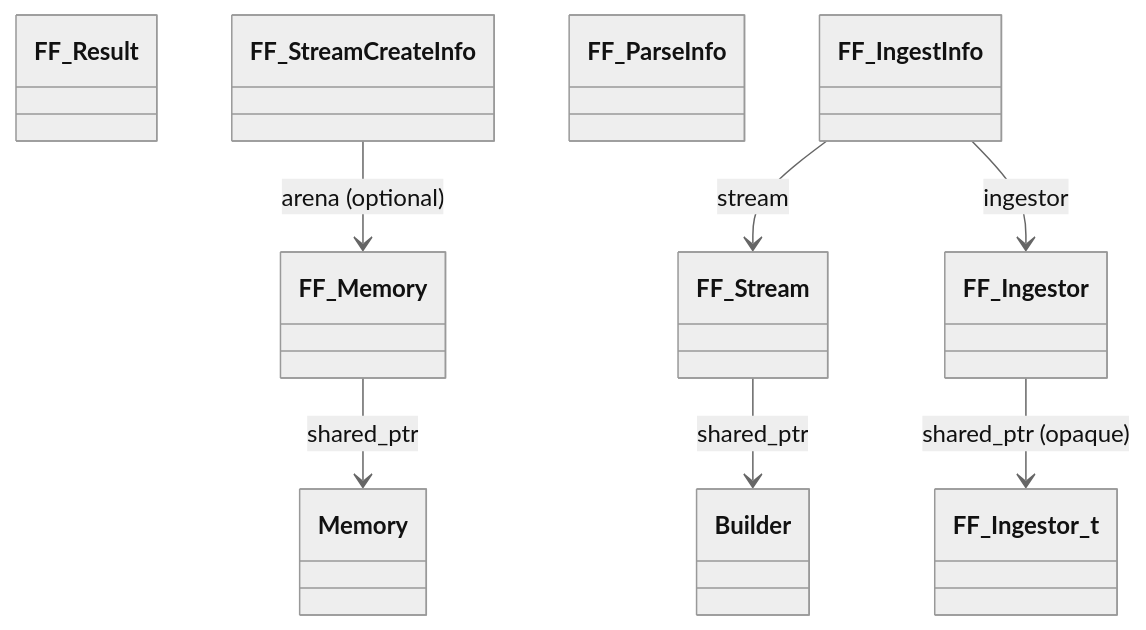
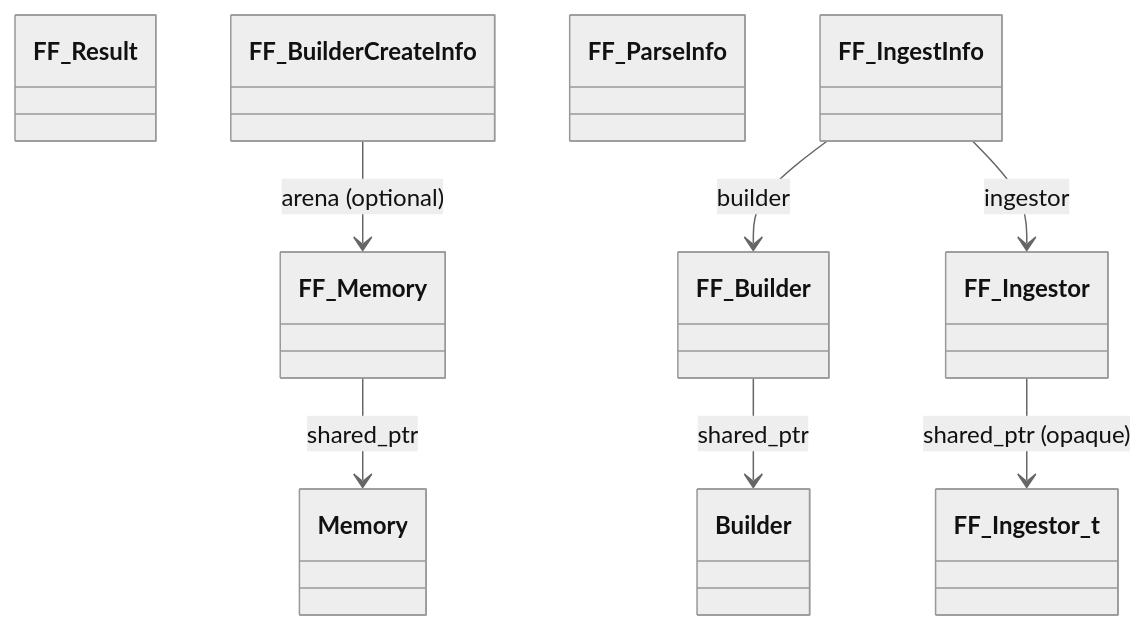
The first of 2 diagrams in docs/api.adoc (ryanlandvater/FastFHIR), drawn with Mermaid (neutral theme) before and after one commit. The commit also changed other lines of this file and 36 other files, not shown here.

First line of the commit message:
Rename FF_Stream API to FF_Builder

````diff
--- a/docs/api.adoc
+++ b/docs/api.adoc
@@ -60,19 +60,19 @@
 ```mermaid
 classDiagram
     class FF_Memory { }
-    class FF_Stream { }
+    class FF_Builder { }
     class FF_Ingestor { }
     class Memory { }
     class Builder { }
     class FF_Ingestor_t { }
     FF_Memory --> Memory : shared_ptr
-    FF_Stream --> Builder : shared_ptr
+    FF_Builder --> Builder : shared_ptr
     FF_Ingestor --> FF_Ingestor_t : shared_ptr (opaque)
     class FF_Result { }
-    class FF_StreamCreateInfo { }
+    class FF_BuilderCreateInfo { }
     class FF_ParseInfo { }
     class FF_IngestInfo { }
-    FF_StreamCreateInfo --> FF_Memory : arena (optional)
-    FF_IngestInfo --> FF_Stream : stream
+    FF_BuilderCreateInfo --> FF_Memory : arena (optional)
+    FF_IngestInfo --> FF_Builder : builder
     FF_IngestInfo --> FF_Ingestor : ingestor
 ```
````
